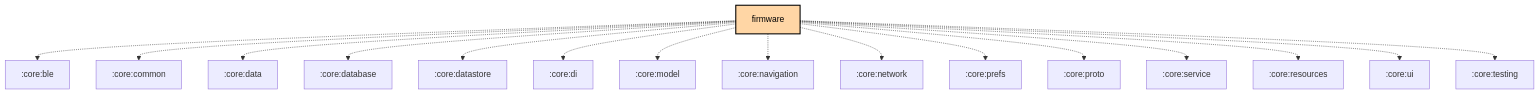
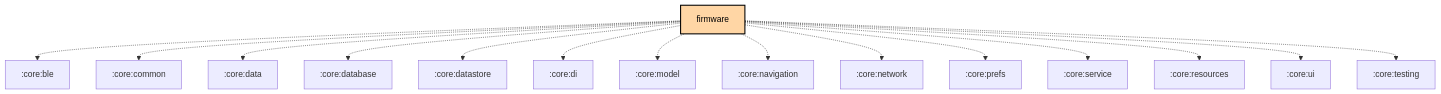
Before and after one commit to meshtastic/Meshtastic-Android: the fourth of 4 diagrams in feature/firmware/README.md, drawn with Mermaid. The commit also changed 17 other files, not shown here.

First line of the commit message:
chore: Scheduled updates (Firmware, Hardware, Translations, Graphs)

````diff
--- a/feature/firmware/README.md
+++ b/feature/firmware/README.md
@@ -97,33 +97,32 @@
 ```mermaid
 graph TB
   :feature:firmware[firmware]:::kmp-feature
   :feature:firmware -.-> :core:ble
   :feature:firmware -.-> :core:common
   :feature:firmware -.-> :core:data
   :feature:firmware -.-> :core:database
   :feature:firmware -.-> :core:datastore
   :feature:firmware -.-> :core:di
   :feature:firmware -.-> :core:model
   :feature:firmware -.-> :core:navigation
   :feature:firmware -.-> :core:network
   :feature:firmware -.-> :core:prefs
-  :feature:firmware -.-> :core:proto
   :feature:firmware -.-> :core:service
   :feature:firmware -.-> :core:resources
   :feature:firmware -.-> :core:ui
   :feature:firmware -.-> :core:testing
 
 classDef android-application fill:#CAFFBF,stroke:#000,stroke-width:2px,color:#000;
 classDef android-application-compose fill:#CAFFBF,stroke:#000,stroke-width:2px,color:#000;
 classDef compose-desktop-application fill:#CAFFBF,stroke:#000,stroke-width:2px,color:#000;
 classDef android-feature fill:#FFD6A5,stroke:#000,stroke-width:2px,color:#000;
 classDef android-library fill:#9BF6FF,stroke:#000,stroke-width:2px,color:#000;
 classDef android-library-compose fill:#9BF6FF,stroke:#000,stroke-width:2px,color:#000;
 classDef android-test fill:#A0C4FF,stroke:#000,stroke-width:2px,color:#000;
 classDef jvm-library fill:#BDB2FF,stroke:#000,stroke-width:2px,color:#000;
 classDef kmp-feature fill:#FFD6A5,stroke:#000,stroke-width:2px,color:#000;
 classDef kmp-library-compose fill:#FFC1CC,stroke:#000,stroke-width:2px,color:#000;
 classDef kmp-library fill:#FFC1CC,stroke:#000,stroke-width:2px,color:#000;
 classDef unknown fill:#FFADAD,stroke:#000,stroke-width:2px,color:#000;
 
 ```
````
